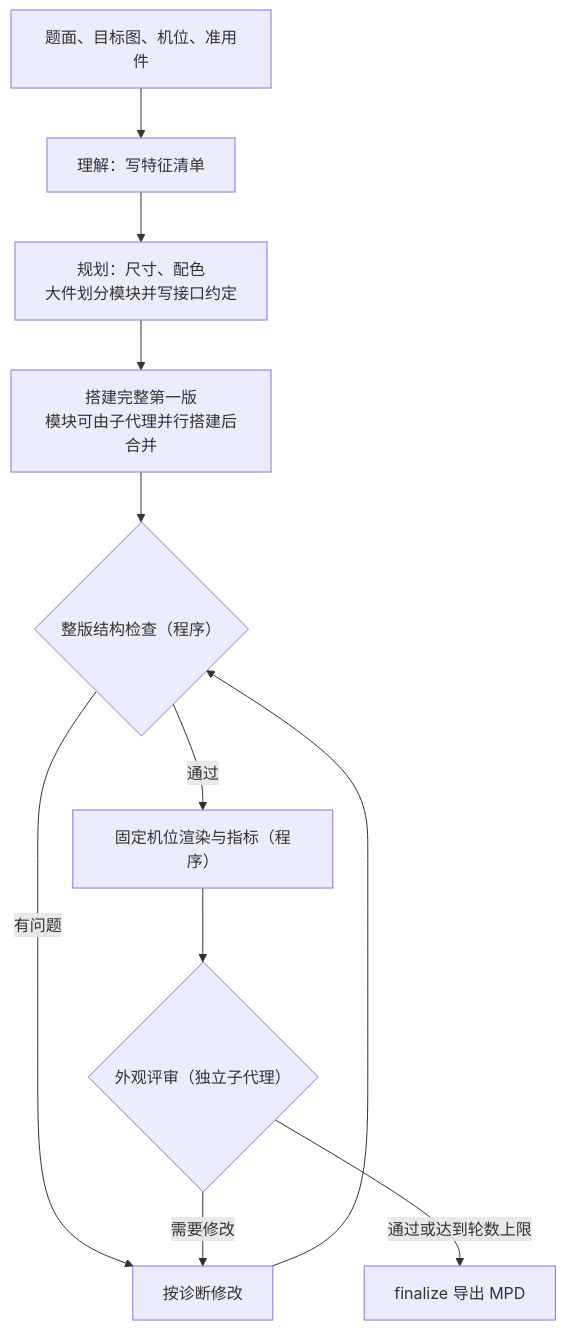
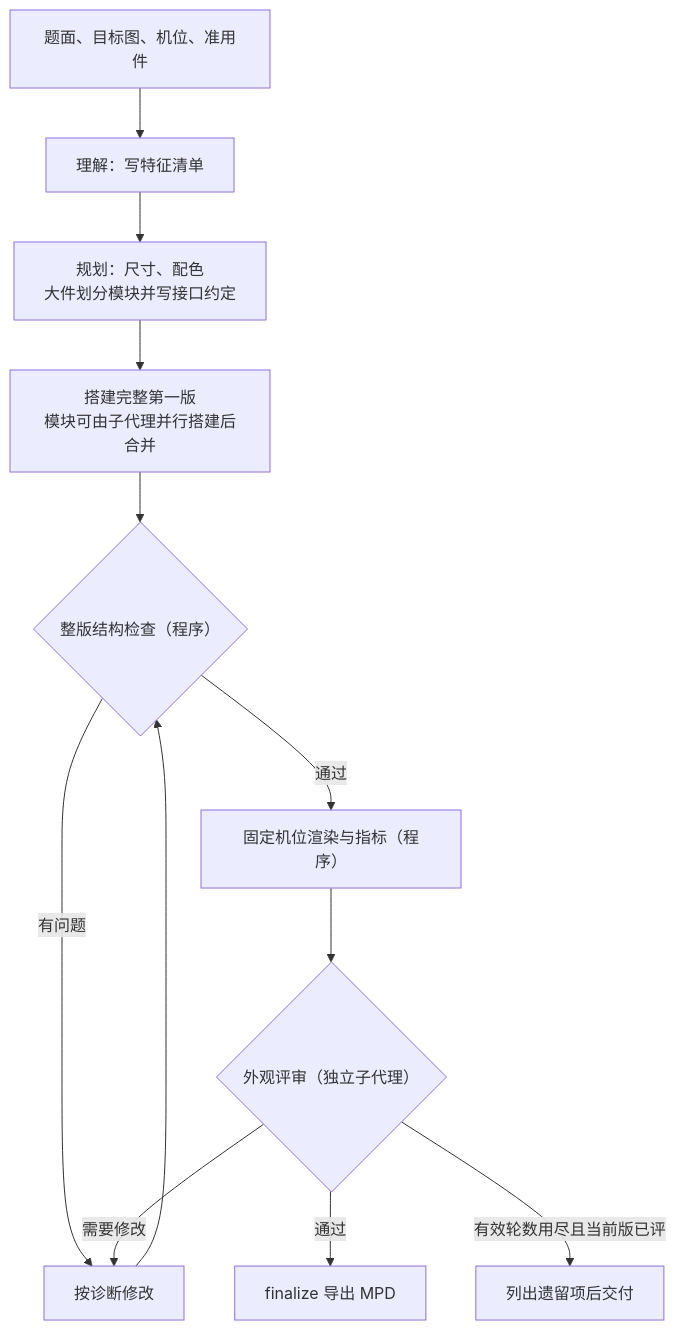
Before and after one commit to au12321ua/brickwright: the diagram in docs/design/agent-build-flow.md, drawn with Mermaid. The commit also changed other lines of this file and 5 other files, not shown here.

First line of the commit message:
Ground build-flow acceptance in the archived OMR36 deliverables

````diff
--- a/docs/design/agent-build-flow.md
+++ b/docs/design/agent-build-flow.md
@@ -94,13 +93,14 @@
 ```mermaid
 flowchart TD
     IN["题面、目标图、机位、准用件"] --> U["理解：写特征清单"]
     U --> P["规划：尺寸、配色<br/>大件划分模块并写接口约定"]
     P --> B["搭建完整第一版<br/>模块可由子代理并行搭建后合并"]
     B --> C{"整版结构检查（程序）"}
     C -- "有问题" --> F["按诊断修改"]
     F --> C
     C -- "通过" --> R["固定机位渲染与指标（程序）"]
     R --> V{"外观评审（独立子代理）"}
     V -- "需要修改" --> F
-    V -- "通过或达到轮数上限" --> OUT["finalize 导出 MPD"]
+    V -- "通过" --> OUT["finalize 导出 MPD"]
+    V -- "有效轮数用尽且当前版已评" --> OPEN["列出遗留项后交付"]
 ```
````
